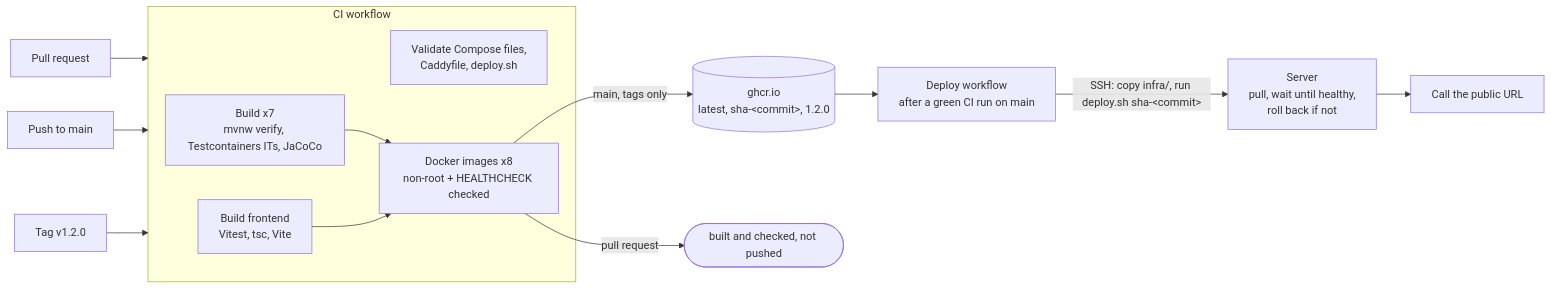
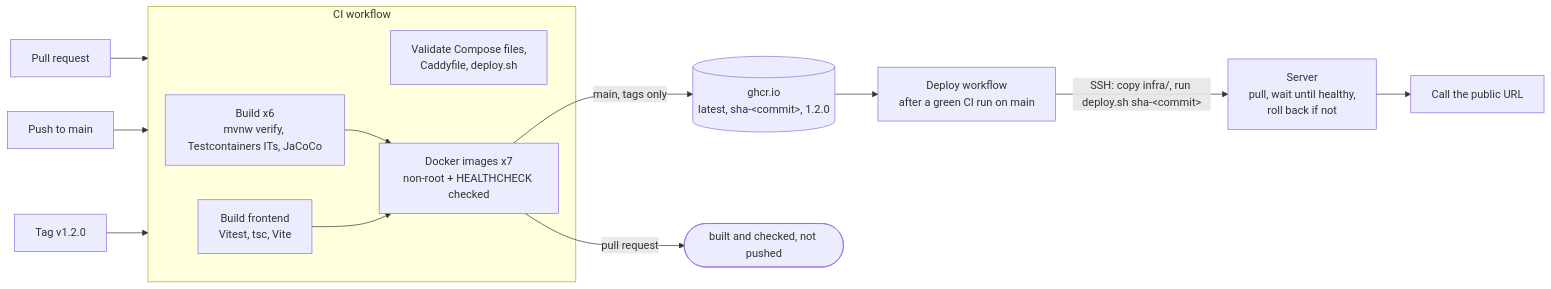
The fourth of 4 diagrams in docs/architecture.md (monssefbaakka/ecommerce-microservices), drawn with Mermaid before and after one commit. The commit also changed other lines of this file and 9 other files, not shown here.

````diff
--- a/docs/architecture.md
+++ b/docs/architecture.md
@@ -222,25 +216,25 @@
 ```mermaid
 flowchart LR
     pr["Pull request"]
     push["Push to main"]
     tag["Tag v1.2.0"]
 
     subgraph ci["CI workflow"]
-        build["Build x7<br/>mvnw verify, Testcontainers ITs, JaCoCo"]
+        build["Build x6<br/>mvnw verify, Testcontainers ITs, JaCoCo"]
         fe["Build frontend<br/>Vitest, tsc, Vite"]
         compose["Validate Compose files,<br/>Caddyfile, deploy.sh"]
-        docker["Docker images x8<br/>non-root + HEALTHCHECK checked"]
+        docker["Docker images x7<br/>non-root + HEALTHCHECK checked"]
         build --> docker
         fe --> docker
     end
 
     pr --> ci
     push --> ci
     tag --> ci
 
     docker -- "main, tags only" --> ghcr[("ghcr.io<br/>latest, sha-#lt;commit#gt;, 1.2.0")]
     docker -- "pull request" --> stop(["built and checked, not pushed"])
     ghcr --> deploy["Deploy workflow<br/>after a green CI run on main"]
     deploy -- "SSH: copy infra/, run deploy.sh sha-#lt;commit#gt;" --> server["Server<br/>pull, wait until healthy,<br/>roll back if not"]
     server --> smoke["Call the public URL"]
 ```
````
